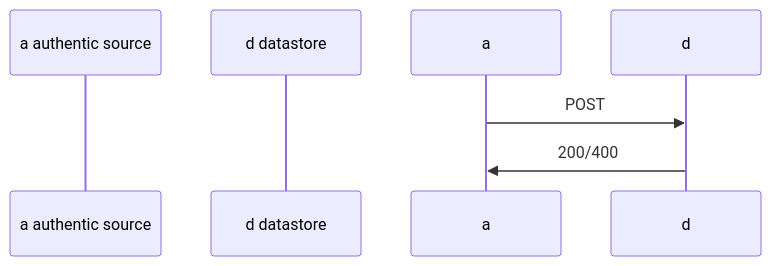
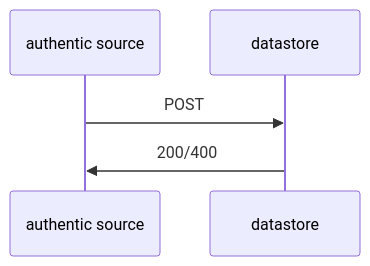
Before and after one commit to dc4eu/vc: the first of 8 diagrams in standards/apiv21.md, drawn with Mermaid. The commit also changed other lines of this file, not shown here.

````diff
--- a/standards/apiv21.md
+++ b/standards/apiv21.md
@@ -11,7 +11,5 @@
 ```mermaid
 sequenceDiagram;
-    participant a authentic source
-    participant d datastore
-    a->>d: POST;
-    d->>a: 200/400;
+    authentic source->>datastore: POST;
+    datastore->>authentic source: 200/400;
 ```
````
